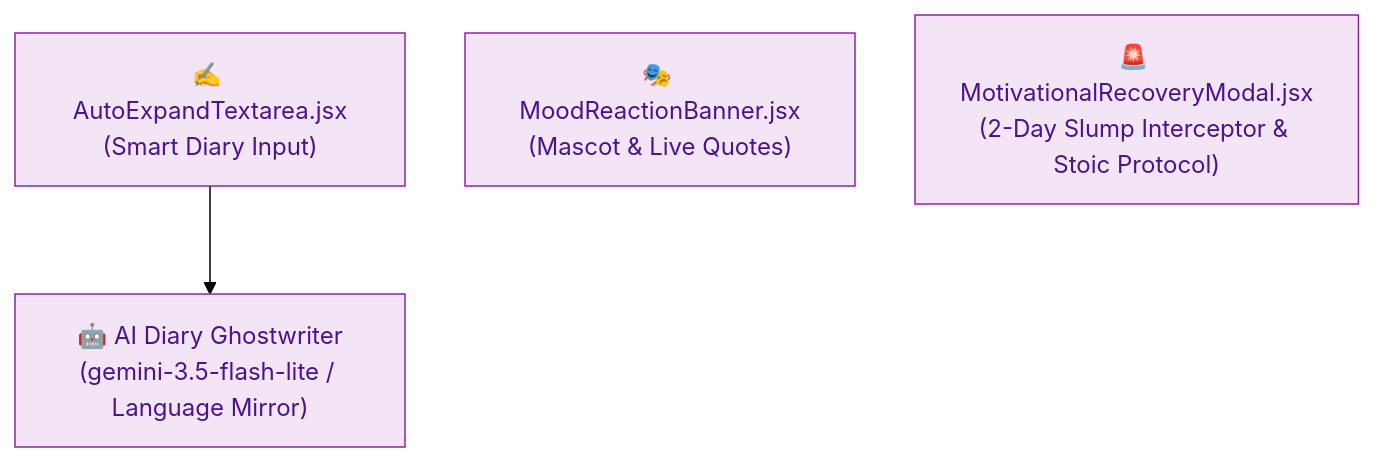
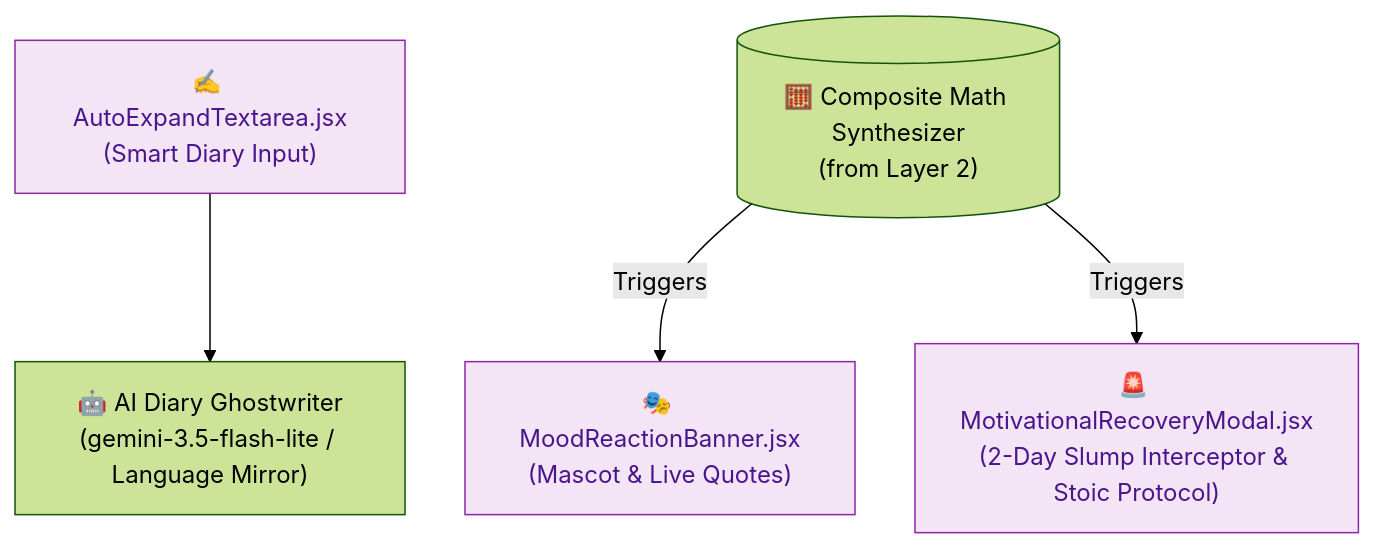
One commit to TRINNO112/shit-or-hit changed the fourth of 9 diagrams in README.md. Above: the diagram before and after it, drawn with Mermaid (forest theme). The commit also changed other lines of this file and 24 other files, not shown here.

````diff
--- a/README.md
+++ b/README.md
@@ -104,15 +105,19 @@
 ```mermaid
 %%{init: {'flowchart': {'nodeSpacing': 40, 'rankSpacing': 60, 'curve': 'basis'}}}%%
 flowchart TD
     AutoTextarea["✍️ AutoExpandTextarea.jsx<br/>(Smart Diary Input)"]
     GeminiGhostwriter["🤖 AI Diary Ghostwriter<br/>(gemini-3.5-flash-lite / Language Mirror)"]
     ReactionBanner["🎭 MoodReactionBanner.jsx<br/>(Mascot & Live Quotes)"]
     RecoveryModal["🚨 MotivationalRecoveryModal.jsx<br/>(2-Day Slump Interceptor & Stoic Protocol)"]
+    CompositeMathLayer2[("🧮 Composite Math Synthesizer<br/>(from Layer 2)")]
 
     AutoTextarea --> GeminiGhostwriter
+    CompositeMathLayer2 -->|Triggers| ReactionBanner
+    CompositeMathLayer2 -->|Triggers| RecoveryModal
     ReactionBanner
     RecoveryModal
 
     classDef l3 fill:#F3E5F5,stroke:#8E24AA,color:#4A148C
-    class AutoTextarea,GeminiGhostwriter,ReactionBanner,RecoveryModal l3
+    class AutoTextarea,ReactionBanner,RecoveryModal l3
+    class GeminiGhostwriter ai
 ```
````
